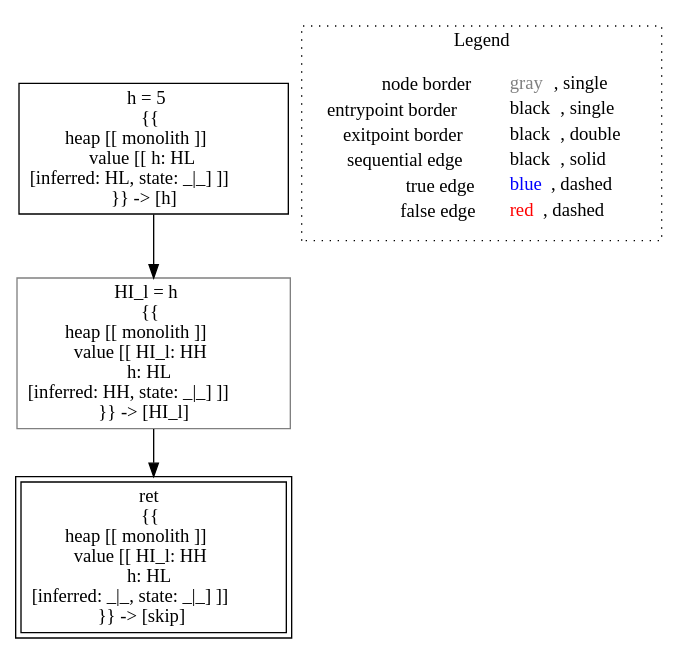
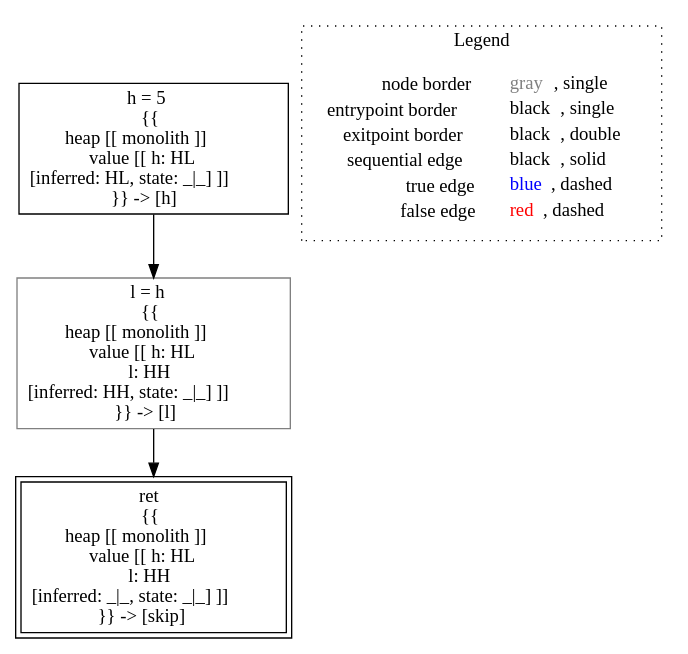
The diagram in lisa/imp-testcases/non-interference/integrity/analysis___untyped_Integrity.integrity_lec5ex1(Integrity_this).dot (lisa-analyzer/lisa), drawn with Graphviz before and after one commit. The commit also changed 30 other files, not shown here.

```diff
--- a/lisa/imp-testcases/non-interference/integrity/analysis___untyped_Integrity.integrity_lec5ex1(Integrity_this).dot
+++ b/lisa/imp-testcases/non-interference/integrity/analysis___untyped_Integrity.integrity_lec5ex1(Integrity_this).dot
@@ -1,14 +1,14 @@
 digraph {
 	"node0" [shape="rect",color="black",label=<h = 5<BR/>{{<BR/>heap [[ monolith ]]<BR/>value [[ h: HL<BR/>[inferred: HL, state: _|_] ]]<BR/>}} -&gt; [h]>];
-	"node1" [shape="rect",color="gray",label=<HI_l = h<BR/>{{<BR/>heap [[ monolith ]]<BR/>value [[ HI_l: HH<BR/>h: HL<BR/>[inferred: HH, state: _|_] ]]<BR/>}} -&gt; [HI_l]>];
-	"node2" [shape="rect",color="black",peripheries="2",label=<ret<BR/>{{<BR/>heap [[ monolith ]]<BR/>value [[ HI_l: HH<BR/>h: HL<BR/>[inferred: _|_, state: _|_] ]]<BR/>}} -&gt; [skip]>];
-	"node1" -> "node2" [color="black"];
-	"node0" -> "node1" [color="black"];
+	"node1" [shape="rect",color="black",peripheries="2",label=<ret<BR/>{{<BR/>heap [[ monolith ]]<BR/>value [[ h: HL<BR/>l: HH<BR/>[inferred: _|_, state: _|_] ]]<BR/>}} -&gt; [skip]>];
+	"node2" [shape="rect",color="gray",label=<l = h<BR/>{{<BR/>heap [[ monolith ]]<BR/>value [[ h: HL<BR/>l: HH<BR/>[inferred: HH, state: _|_] ]]<BR/>}} -&gt; [l]>];
+	"node0" -> "node2" [color="black"];
+	"node2" -> "node1" [color="black"];
 subgraph cluster_legend {
 	label="Legend";
 	style=dotted;
 	node [shape=plaintext];
 	"legend" [label=<<table border="0" cellpadding="2" cellspacing="0" cellborder="0"><tr><td align="right">node border&nbsp;</td><td align="left"><font color="gray">gray</font>, single</td></tr><tr><td align="right">entrypoint border&nbsp;</td><td align="left"><font color="black">black</font>, single</td></tr><tr><td align="right">exitpoint border&nbsp;</td><td align="left"><font color="black">black</font>, double</td></tr><tr><td align="right">sequential edge&nbsp;</td><td align="left"><font color="black">black</font>, solid</td></tr><tr><td align="right">true edge&nbsp;</td><td align="left"><font color="blue">blue</font>, dashed</td></tr><tr><td align="right">false edge&nbsp;</td><td align="left"><font color="red">red</font>, dashed</td></tr></table>>];
 }
 
 }
```
